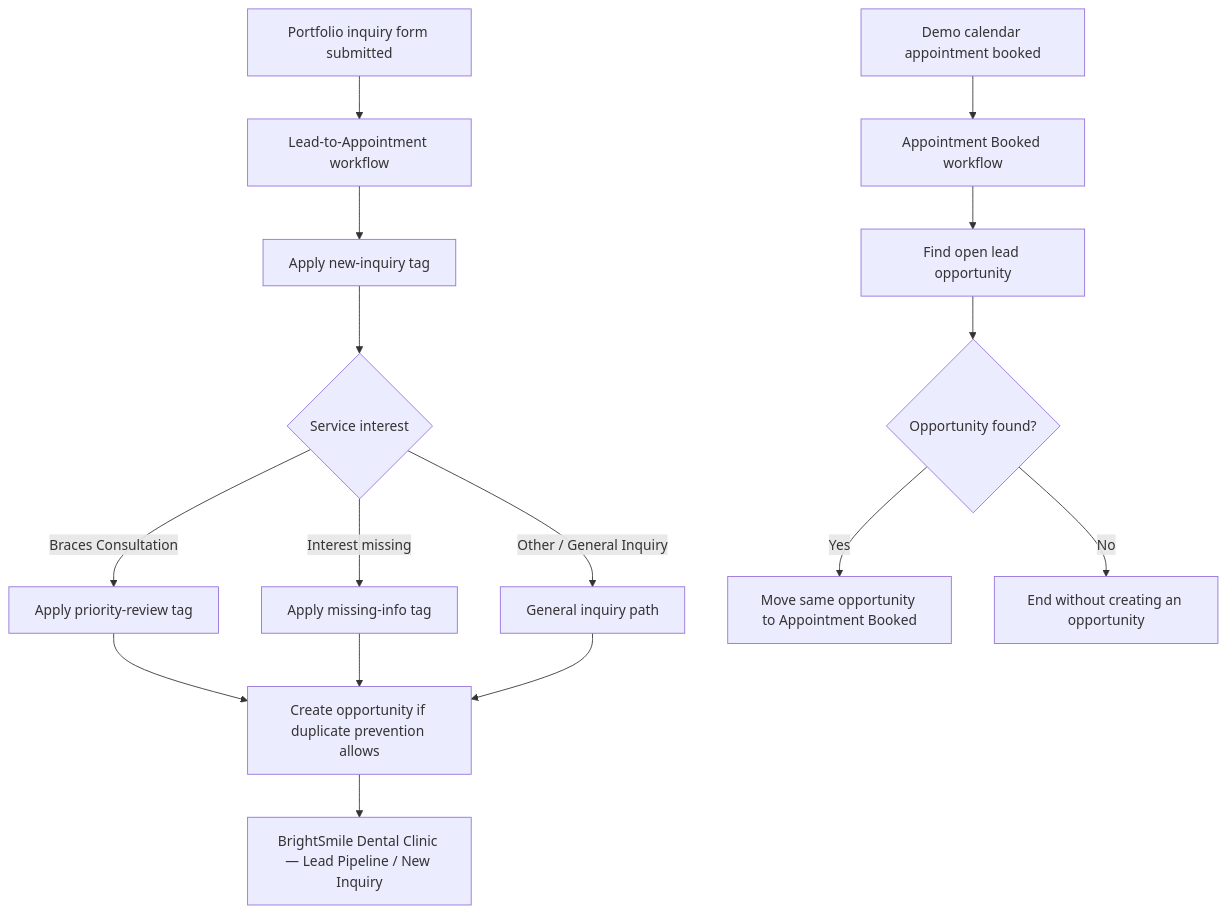
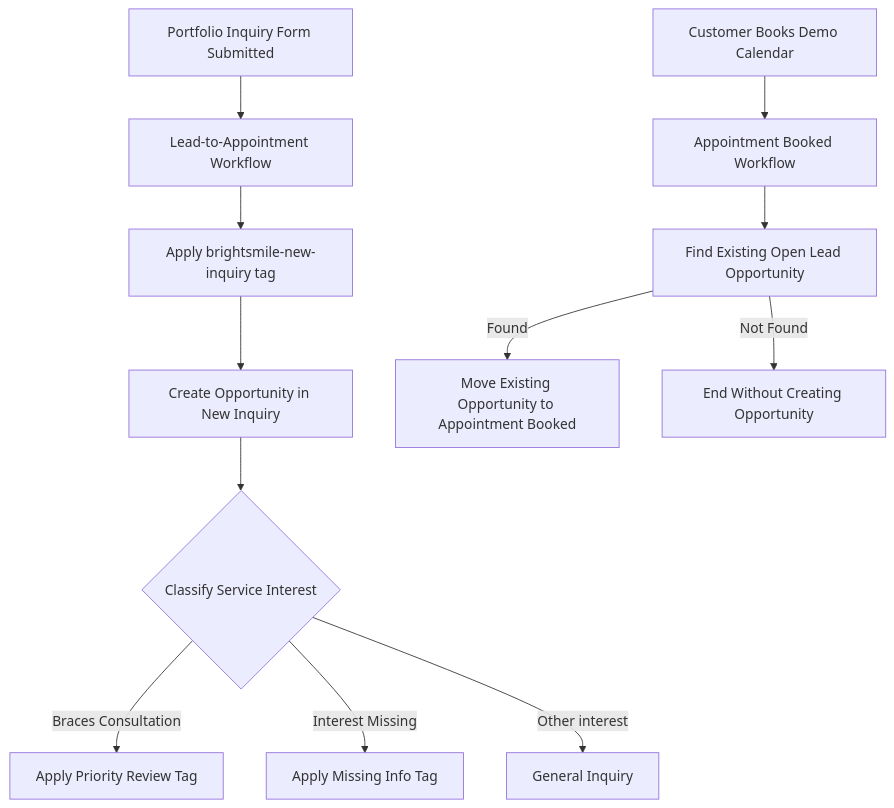
Before and after one commit to AEILEXE/BrightSmile-Lead-to-Appointment-Automation: the diagram in README.md, drawn with Mermaid. The commit also changed other lines of this file, not shown here.

````diff
--- a/README.md
+++ b/README.md
@@ -19,18 +56,14 @@
-```mermaid
+``` mermaid
 flowchart TD
-    A[Portfolio inquiry form submitted] --> B[Lead-to-Appointment workflow]
-    B --> C[Apply new-inquiry tag]
-    C --> D{Service interest}
-    D -->|Braces Consultation| E[Apply priority-review tag]
-    D -->|Interest missing| F[Apply missing-info tag]
-    D -->|Other / General Inquiry| G[General inquiry path]
-    E --> H[Create opportunity if duplicate prevention allows]
-    F --> H
-    G --> H
-    H --> I[BrightSmile Dental Clinic — Lead Pipeline / New Inquiry]
-    J[Demo calendar appointment booked] --> K[Appointment Booked workflow]
-    K --> L[Find open lead opportunity]
-    L --> M{Opportunity found?}
-    M -->|Yes| N[Move same opportunity to Appointment Booked]
-    M -->|No| O[End without creating an opportunity]
+    A[Portfolio Inquiry Form Submitted] --> B[Lead-to-Appointment Workflow]
+    B --> C[Apply brightsmile-new-inquiry tag]
+    C --> D[Create Opportunity in New Inquiry]
+    D --> E{Classify Service Interest}
+    E -->|Braces Consultation| F[Apply Priority Review Tag]
+    E -->|Interest Missing| G[Apply Missing Info Tag]
+    E -->|Other interest| H[General Inquiry]
+    I[Customer Books Demo Calendar] --> J[Appointment Booked Workflow]
+    J --> K[Find Existing Open Lead Opportunity]
+    K -->|Found| L[Move Existing Opportunity to Appointment Booked]
+    K -->|Not Found| M[End Without Creating Opportunity]
 ```
````
